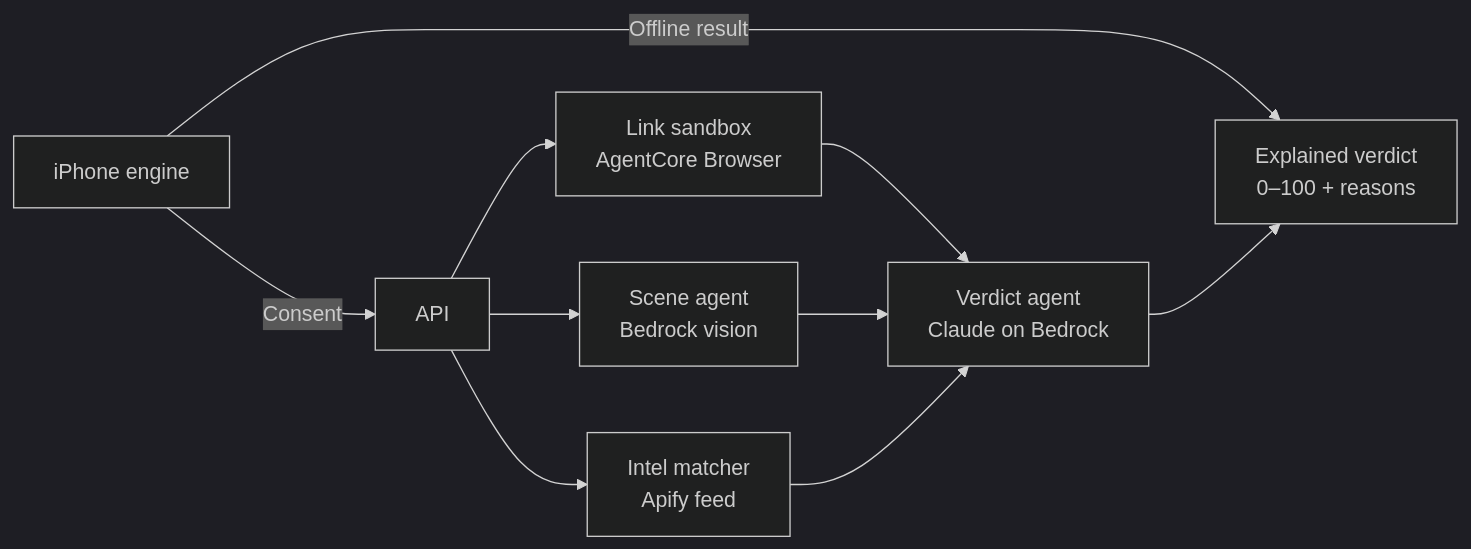
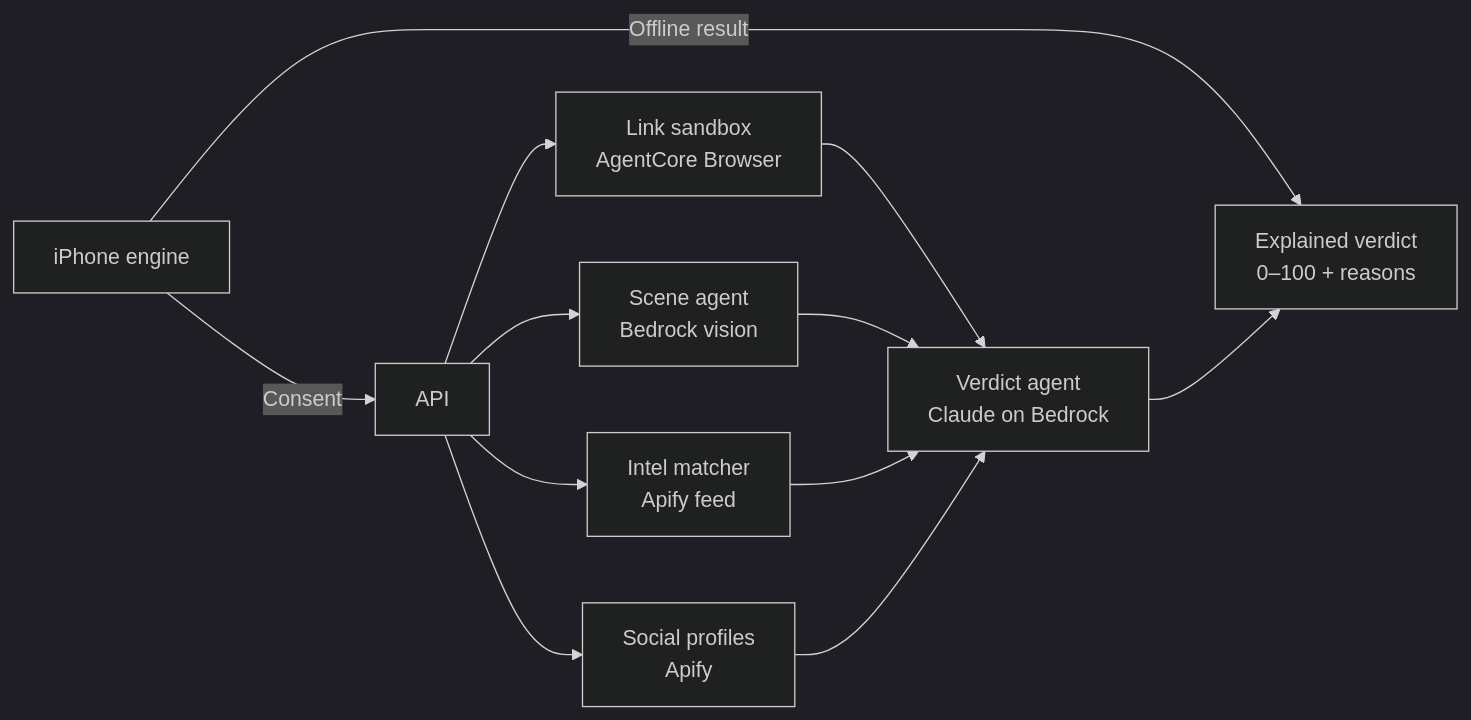
The diagram in README.md (jakubsejkora/safeqr), drawn with Mermaid (dark theme) before and after one commit. The commit also changed other lines of this file, not shown here.

First line of the commit message:
Describe social profile checks and bank handoff in the README

````diff
--- a/README.md
+++ b/README.md
@@ -29,12 +29,14 @@
 ```mermaid
 flowchart LR
   Phone["iPhone engine"] -->|Consent| API["API"]
   Phone -->|Offline result| Result["Explained verdict<br/>0–100 + reasons"]
   API --> Link["Link sandbox<br/>AgentCore Browser"]
   API --> Scene["Scene agent<br/>Bedrock vision"]
   API --> Intel["Intel matcher<br/>Apify feed"]
+  API --> Social["Social profiles<br/>Apify"]
   Link --> Verdict["Verdict agent<br/>Claude on Bedrock"]
   Scene --> Verdict
   Intel --> Verdict
+  Social --> Verdict
   Verdict --> Result
 ```
````
